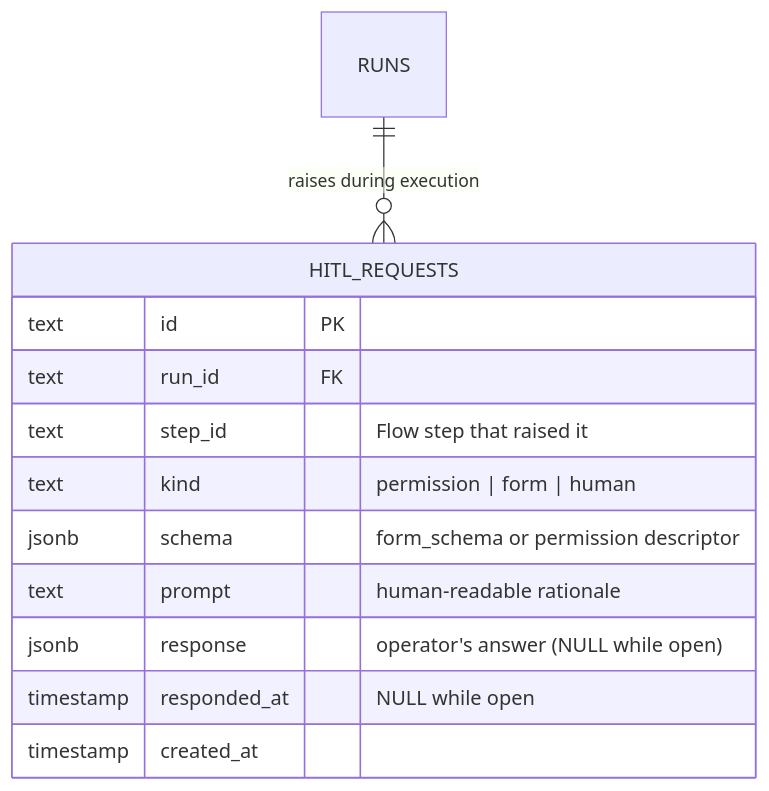
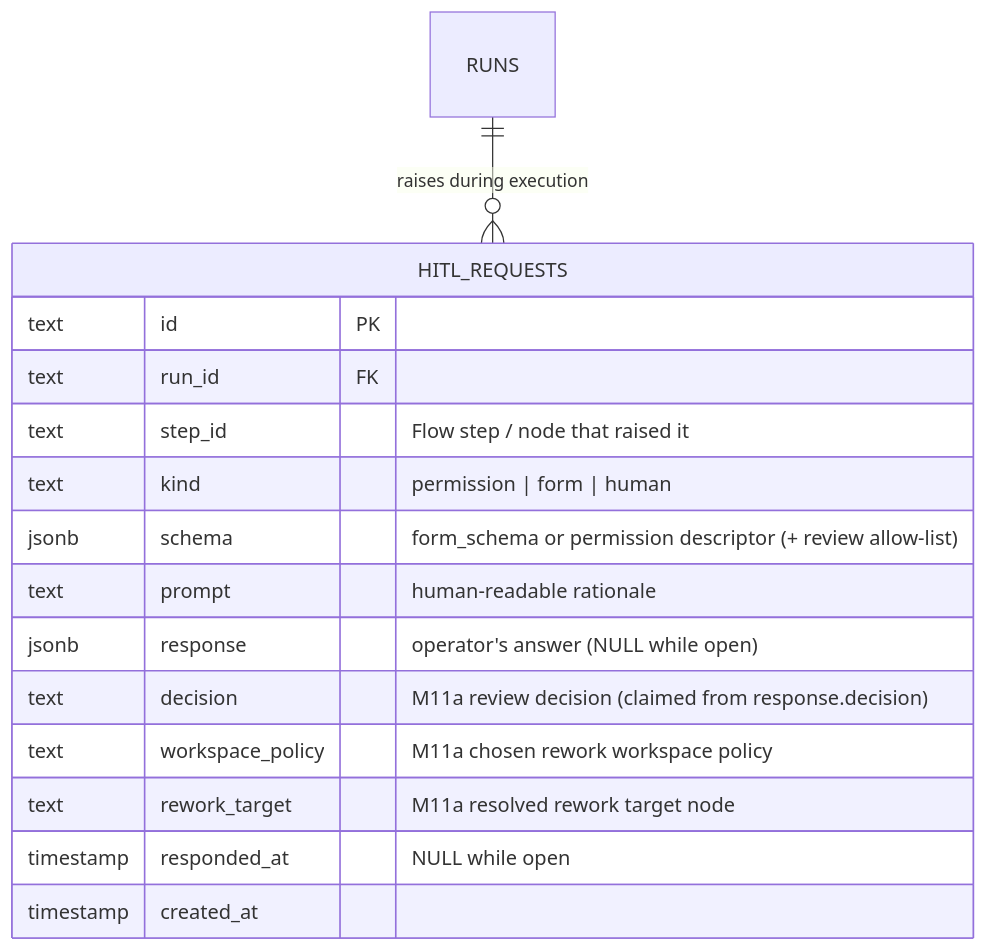
One commit to maister-dev/maister changed the first of 2 diagrams in docs/db/hitl-domain.md. Above: the diagram before and after it, drawn with Mermaid. The commit also changed other lines of this file and 17 other files, not shown here.

First line of the commit message:
docs(m11a): graph/ledger/gate ADRs + analytics + ERD + flow-dsl

````diff
--- a/docs/db/hitl-domain.md
+++ b/docs/db/hitl-domain.md
@@ -8,16 +8,19 @@
 ```mermaid
 erDiagram
     RUNS ||--o{ HITL_REQUESTS : "raises during execution"
 
     HITL_REQUESTS {
         text id PK
         text run_id FK
-        text step_id "Flow step that raised it"
+        text step_id "Flow step / node that raised it"
         text kind "permission | form | human"
-        jsonb schema "form_schema or permission descriptor"
+        jsonb schema "form_schema or permission descriptor (+ review allow-list)"
         text prompt "human-readable rationale"
         jsonb response "operator's answer (NULL while open)"
+        text decision "M11a review decision (claimed from response.decision)"
+        text workspace_policy "M11a chosen rework workspace policy"
+        text rework_target "M11a resolved rework target node"
         timestamp responded_at "NULL while open"
         timestamp created_at
     }
 ```
````
